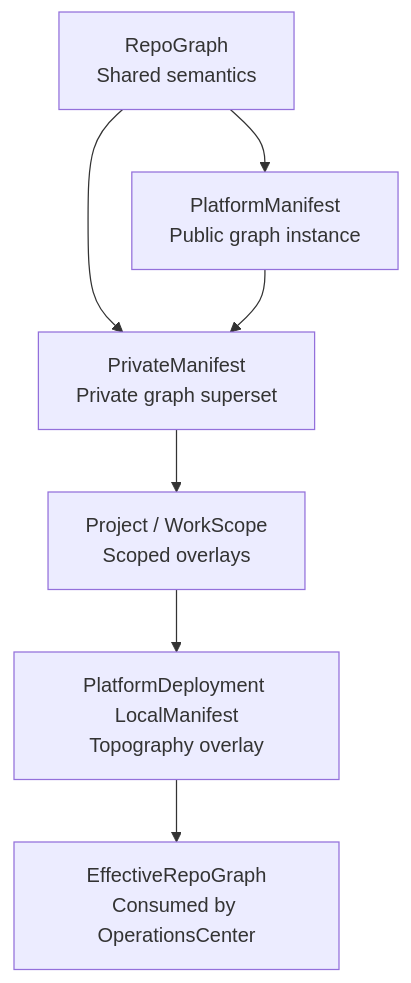
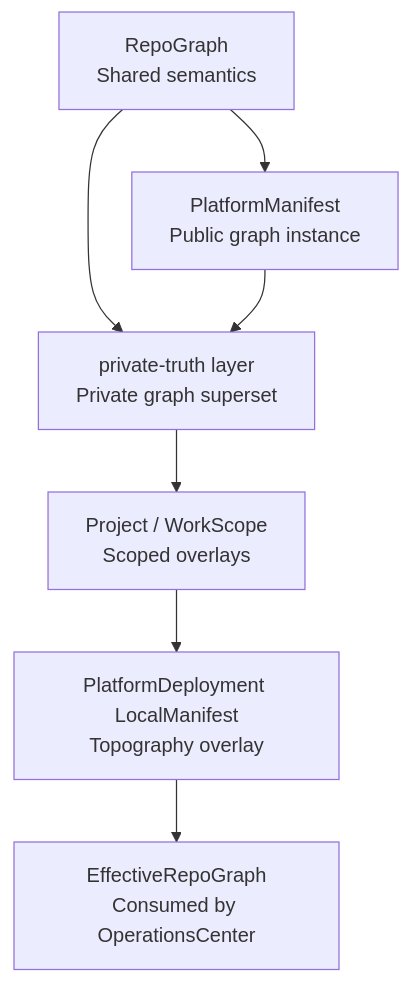
Before and after one commit to ProtocolWarden/ProtocolWarden.github.io: the second of 3 diagrams in docs/architecture/platform-architecture-charter.md, drawn with Mermaid. The commit also changed other lines of this file and 16 other files, not shown here.

````diff
--- a/docs/architecture/platform-architecture-charter.md
+++ b/docs/architecture/platform-architecture-charter.md
@@ -231,16 +231,16 @@
 ```mermaid
 graph TD
     Semantics[RepoGraph\nShared semantics]
     Platform[PlatformManifest\nPublic graph instance]
-    Private[PrivateManifest\nPrivate graph superset]
+    Private[private-truth layer\nPrivate graph superset]
     Project[Project / WorkScope\nScoped overlays]
     Local[PlatformDeployment LocalManifest\nTopography overlay]
     Effective[EffectiveRepoGraph\nConsumed by OperationsCenter]
 
     Semantics --> Platform
     Semantics --> Private
     Platform --> Private
     Private --> Project
     Project --> Local
     Local --> Effective
 ```
````
